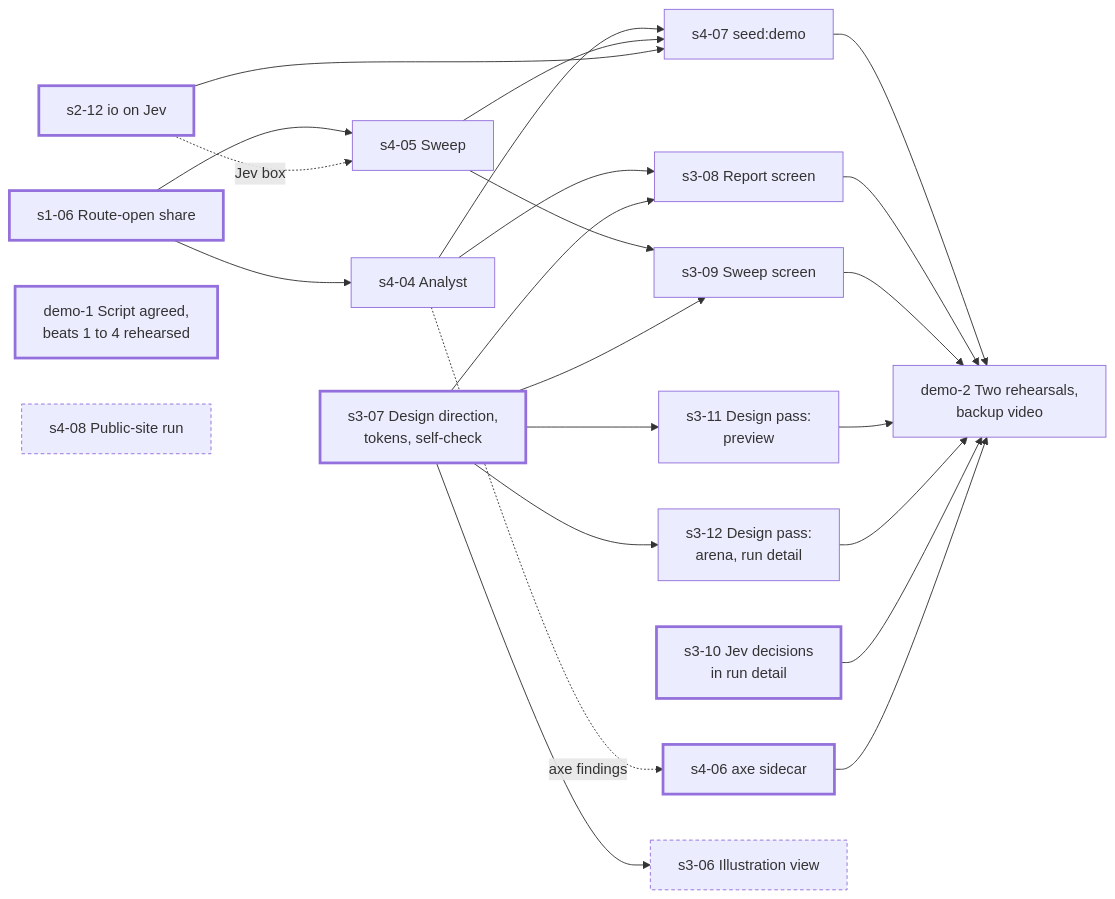
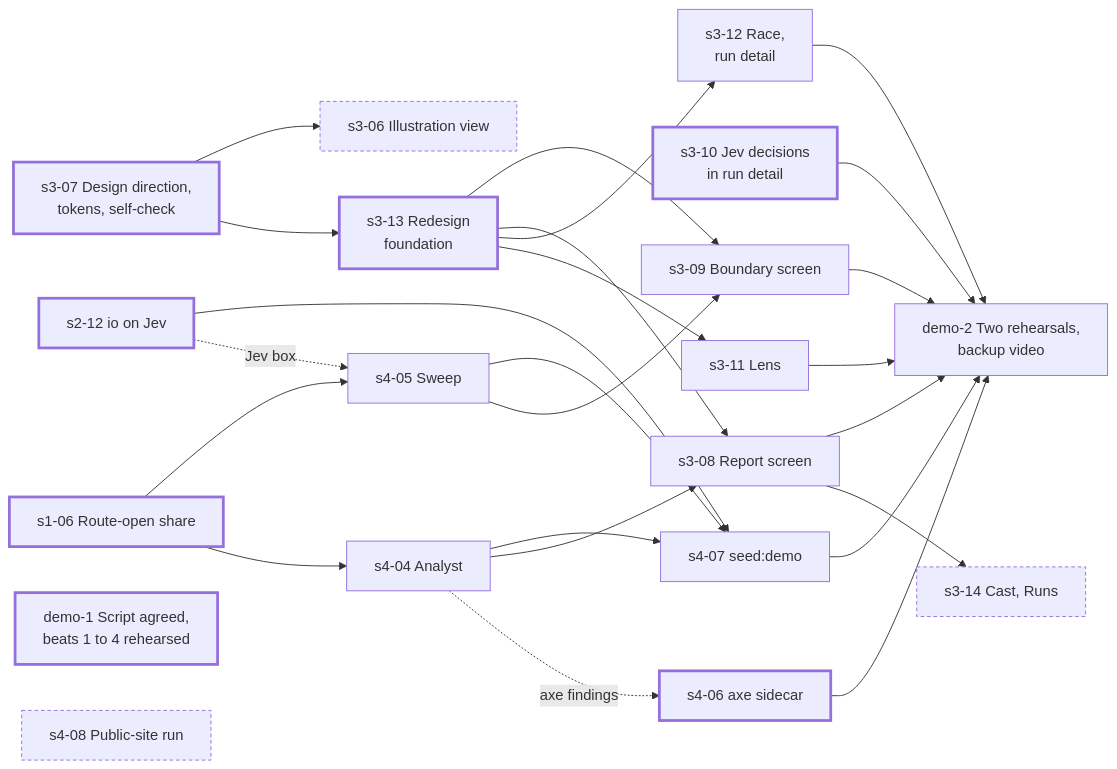
One commit to CShark-Hub/wayford changed the diagram in docs/ROADMAP.md. Above: the diagram before and after it, drawn with Mermaid. The commit also changed other lines of this file and 25 other files, not shown here.

First line of the commit message:
Redesign: approved design system and re-scoped design tasks (#172)

````diff
--- a/docs/ROADMAP.md
+++ b/docs/ROADMAP.md
@@ -142,49 +148,53 @@
 ```mermaid
 flowchart LR
   classDef ready stroke-width:3px
   classDef optional stroke-dasharray:4 3
 
 
   s3_07["s3-07 Design direction,<br/>tokens, self-check"]
+  s3_13["s3-13 Redesign<br/>foundation"]
   s1_06["s1-06 Route-open share"]
   s4_06["s4-06 axe sidecar"]
   s2_12["s2-12 io on Jev"]
   s3_10["s3-10 Jev decisions<br/>in run detail"]
   s4_04["s4-04 Analyst"]
   s4_05["s4-05 Sweep"]
-  s3_11["s3-11 Design pass:<br/>preview"]
-  s3_12["s3-12 Design pass:<br/>arena, run detail"]
+  s3_11["s3-11 Lens"]
+  s3_12["s3-12 Race,<br/>run detail"]
   s3_08["s3-08 Report screen"]
-  s3_09["s3-09 Sweep screen"]
+  s3_09["s3-09 Boundary screen"]
+  s3_14["s3-14 Cast, Runs"]
   s4_07["s4-07 seed:demo"]
   demo1["demo-1 Script agreed,<br/>beats 1 to 4 rehearsed"]
   demo2["demo-2 Two rehearsals,<br/>backup video"]
 
   s3_06["s3-06 Illustration view"]
   s4_08["s4-08 Public-site run"]
 
   s1_06 --> s4_04
   s1_06 --> s4_05
   s4_04 -. axe findings .-> s4_06
   s2_12 -. Jev box .-> s4_05
-  s3_07 --> s3_11
-  s3_07 --> s3_12
+  s3_07 --> s3_13
+  s3_13 --> s3_11
+  s3_13 --> s3_12
   s4_04 --> s3_08
-  s3_07 --> s3_08
+  s3_13 --> s3_08
   s4_05 --> s3_09
-  s3_07 --> s3_09
+  s3_13 --> s3_09
+  s3_08 --> s3_14
   s4_04 --> s4_07
   s4_05 --> s4_07
   s2_12 --> s4_07
   s4_07 --> demo2
   s3_08 --> demo2
   s3_09 --> demo2
   s3_11 --> demo2
   s3_12 --> demo2
   s3_10 --> demo2
   s4_06 --> demo2
   s3_07 --> s3_06
 
-  class s3_07,s1_06,s4_06,s2_12,s3_10,demo1 ready
-  class s3_06,s4_08 optional
+  class s3_07,s3_13,s1_06,s4_06,s2_12,s3_10,demo1 ready
+  class s3_06,s4_08,s3_14 optional
 ```
````
